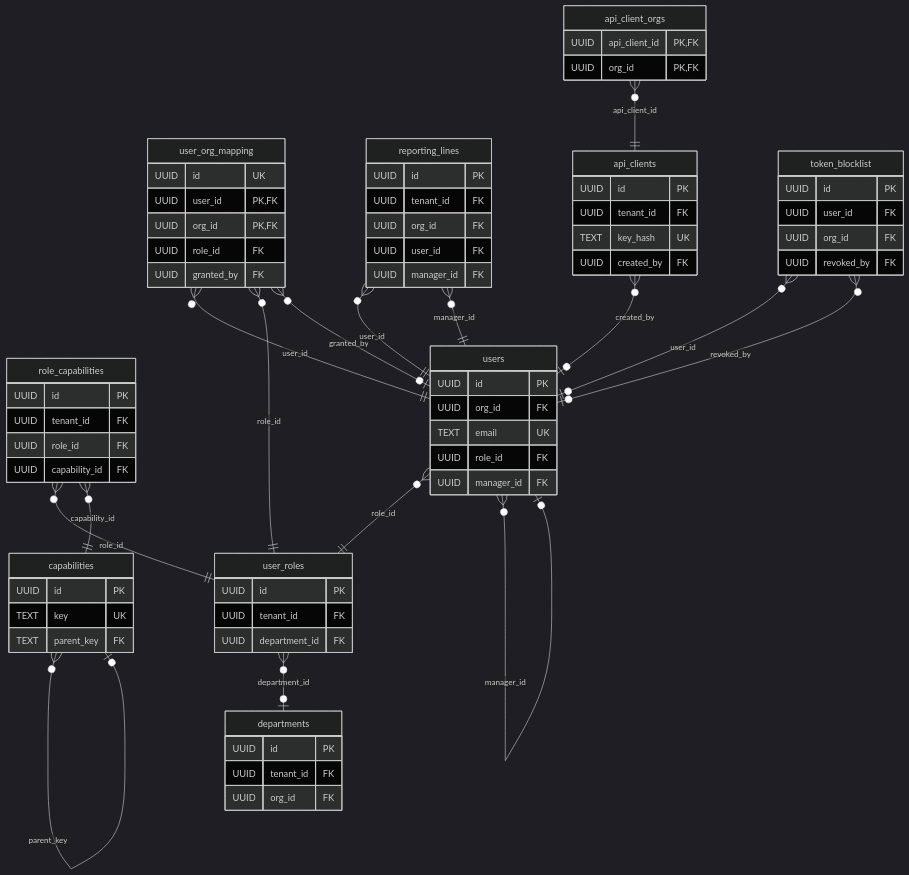
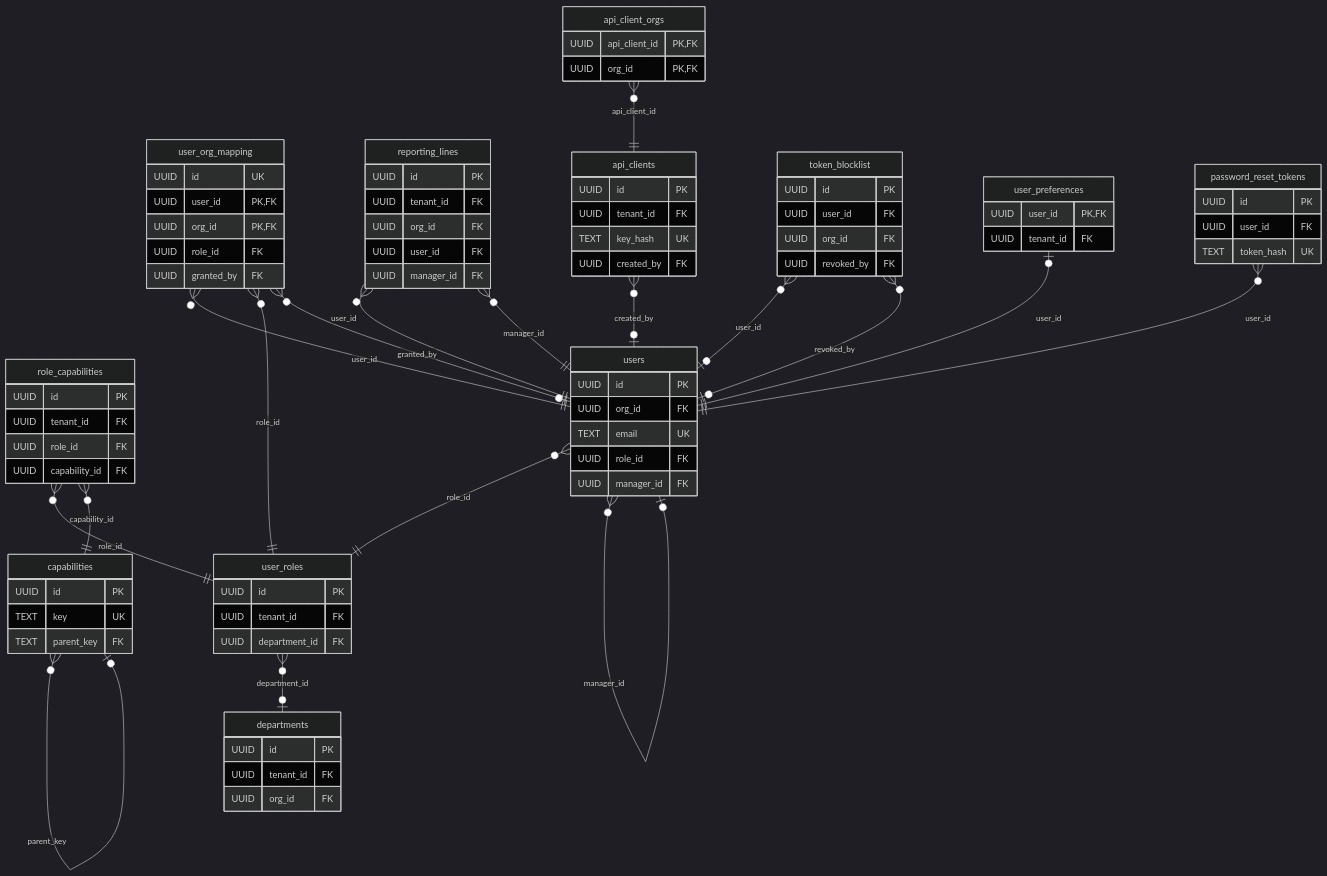
Before and after one commit to nitin-girdhar/msq-platforms: the third of 14 diagrams in docs/DB_model.md, drawn with Mermaid (dark theme). The commit also changed other lines of this file and 212 other files, not shown here.

````diff
--- a/docs/DB_model.md
+++ b/docs/DB_model.md
@@ -199,6 +202,15 @@
     UUID org_id FK
     UUID revoked_by FK
   }
+  user_preferences {
+    UUID user_id PK,FK
+    UUID tenant_id FK
+  }
+  password_reset_tokens {
+    UUID id PK
+    UUID user_id FK
+    TEXT token_hash UK
+  }
   user_roles }o--o| departments : "department_id"
   capabilities }o--o| capabilities : "parent_key"
   role_capabilities }o--|| user_roles : "role_id"
@@ -214,4 +226,6 @@
   api_client_orgs }o--|| api_clients : "api_client_id"
   token_blocklist }o--o| users : "user_id"
   token_blocklist }o--o| users : "revoked_by"
+  user_preferences |o--|| users : "user_id"
+  password_reset_tokens }o--|| users : "user_id"
 ```
````
